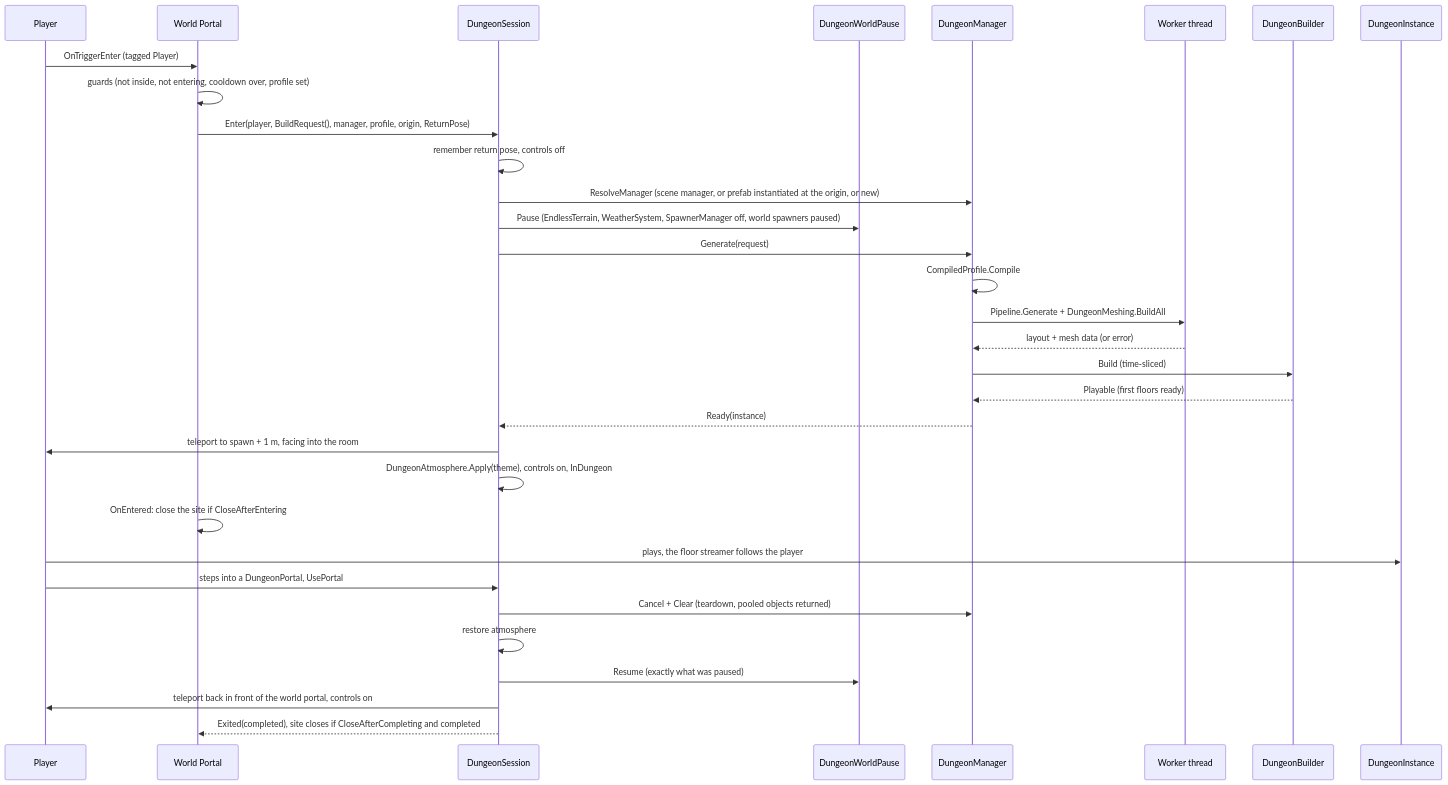
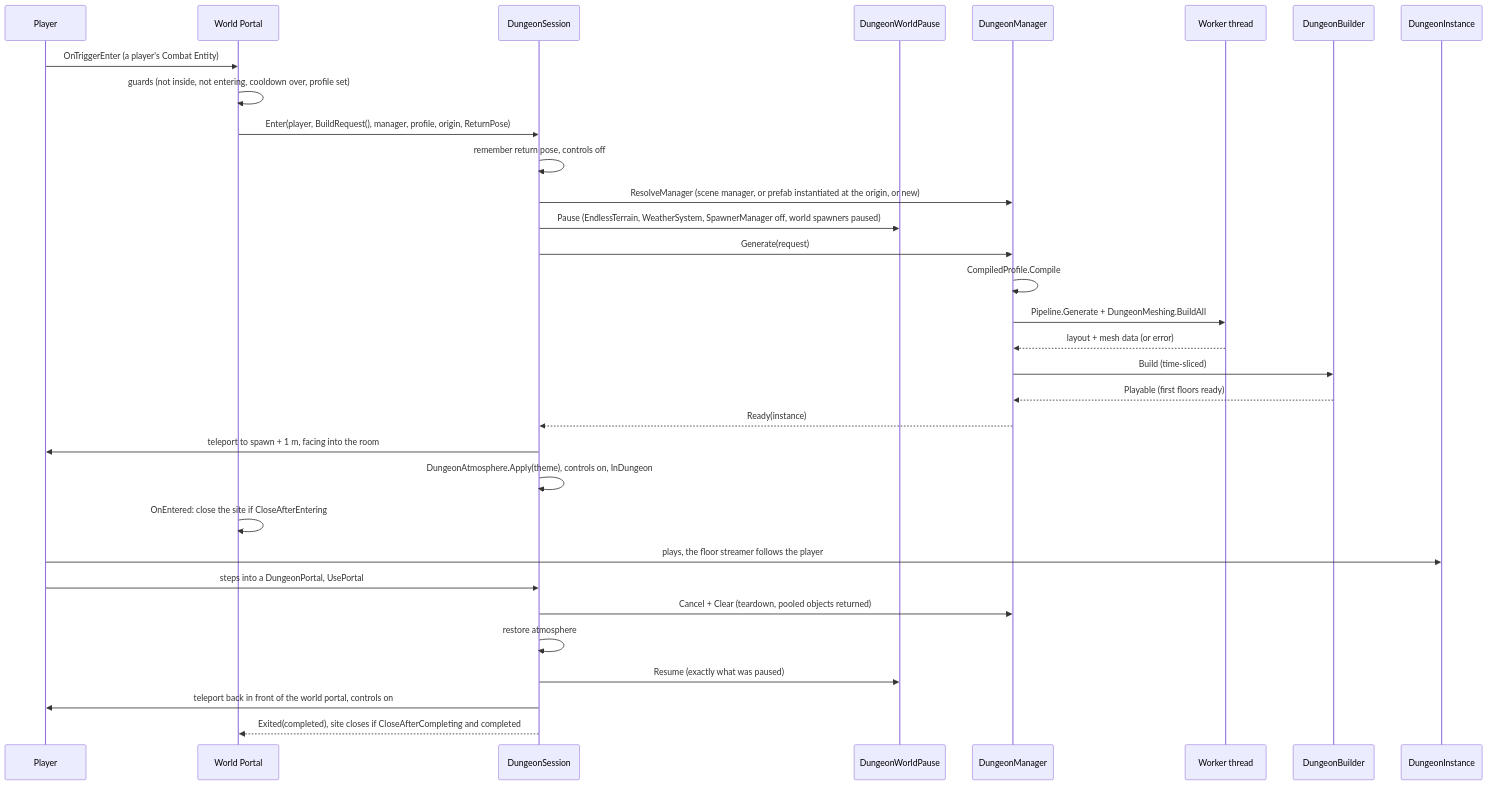
Before and after one commit to Kaynan-Jamelaumn/SimpleMovementsUnityPackage: the first of 5 diagrams in Documentation/Dungeon/10-Runtime-Session-Portals.md, drawn with Mermaid. The commit also changed other lines of this file and 211 other files, not shown here.

````diff
--- a/Documentation/Dungeon/10-Runtime-Session-Portals.md
+++ b/Documentation/Dungeon/10-Runtime-Session-Portals.md
@@ -26,34 +26,34 @@
 ```mermaid
 sequenceDiagram
     participant Pl as Player
     participant WP as World Portal
     participant S as DungeonSession
     participant WPa as DungeonWorldPause
     participant M as DungeonManager
     participant Wk as Worker thread
     participant B as DungeonBuilder
     participant I as DungeonInstance
-    Pl->>WP: OnTriggerEnter (tagged Player)
+    Pl->>WP: OnTriggerEnter (a player's Combat Entity)
     WP->>WP: guards (not inside, not entering, cooldown over, profile set)
     WP->>S: Enter(player, BuildRequest(), manager, profile, origin, ReturnPose)
     S->>S: remember return pose, controls off
     S->>M: ResolveManager (scene manager, or prefab instantiated at the origin, or new)
     S->>WPa: Pause (EndlessTerrain, WeatherSystem, SpawnerManager off, world spawners paused)
     S->>M: Generate(request)
     M->>M: CompiledProfile.Compile
     M->>Wk: Pipeline.Generate + DungeonMeshing.BuildAll
     Wk-->>M: layout + mesh data (or error)
     M->>B: Build (time-sliced)
     B-->>M: Playable (first floors ready)
     M-->>S: Ready(instance)
     S->>Pl: teleport to spawn + 1 m, facing into the room
     S->>S: DungeonAtmosphere.Apply(theme), controls on, InDungeon
     WP->>WP: OnEntered: close the site if CloseAfterEntering
     Pl->>I: plays, the floor streamer follows the player
     Pl->>S: steps into a DungeonPortal, UsePortal
     S->>M: Cancel + Clear (teardown, pooled objects returned)
     S->>S: restore atmosphere
     S->>WPa: Resume (exactly what was paused)
     S->>Pl: teleport back in front of the world portal, controls on
     S-->>WP: Exited(completed), site closes if CloseAfterCompleting and completed
 ```
````
